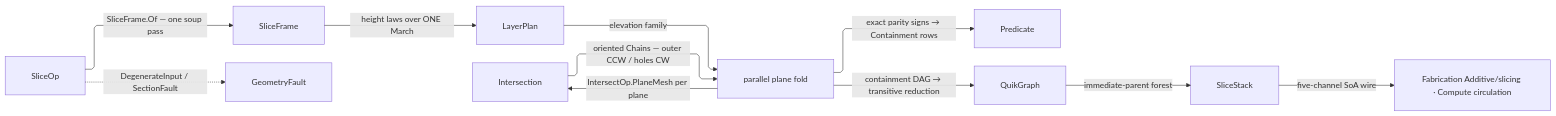
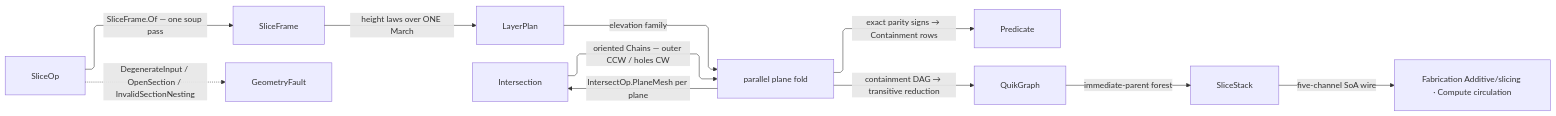
One commit to bsamiee/Rasm changed the diagram in libs/dotnet/Rasm/.planning/Meshing/slice.md. Above: the diagram before and after it, drawn with Mermaid. The commit also changed other lines of this file and 99 other files, not shown here.

````diff
--- a/libs/dotnet/Rasm/.planning/Meshing/slice.md
+++ b/libs/dotnet/Rasm/.planning/Meshing/slice.md
@@ -416,22 +416,22 @@
 ```mermaid
 ---
 config:
   layout: elk
   flowchart:
     curve: linear
     padding: 25
 ---
 flowchart LR
     accTitle: Slice stack flow
     accDescr: Layer plans generate plane families folded per plane through the intersect owner into nested contours frozen as the slice stack wire.
     SliceOp -->|SliceFrame.Of — one soup pass| SliceFrame
     SliceFrame -->|height laws over ONE March| LayerPlan
     LayerPlan -->|elevation family| Fold["parallel plane fold"]
     Fold -->|IntersectOp.PlaneMesh per plane| Intersection
     Intersection -->|oriented Chains — outer CCW / holes CW| Fold
     Fold -->|exact parity signs → Containment rows| Predicate
     Fold -->|containment DAG → transitive reduction| QuikGraph
     QuikGraph -->|immediate-parent forest| SliceStack
     SliceStack -->|five-channel SoA wire| Decoders["Fabrication Additive/slicing · Compute circulation"]
-    SliceOp -.->|DegenerateInput / SectionFault| GeometryFault
+    SliceOp -.->|DegenerateInput / OpenSection / InvalidSectionNesting| GeometryFault
 ```
````
